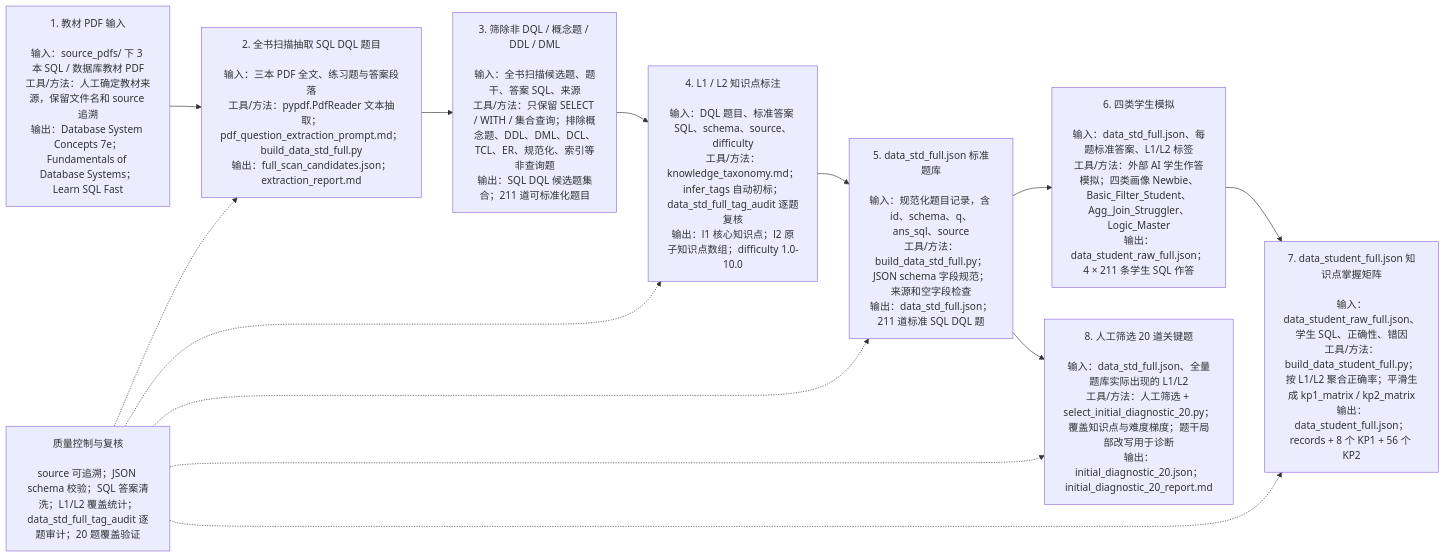
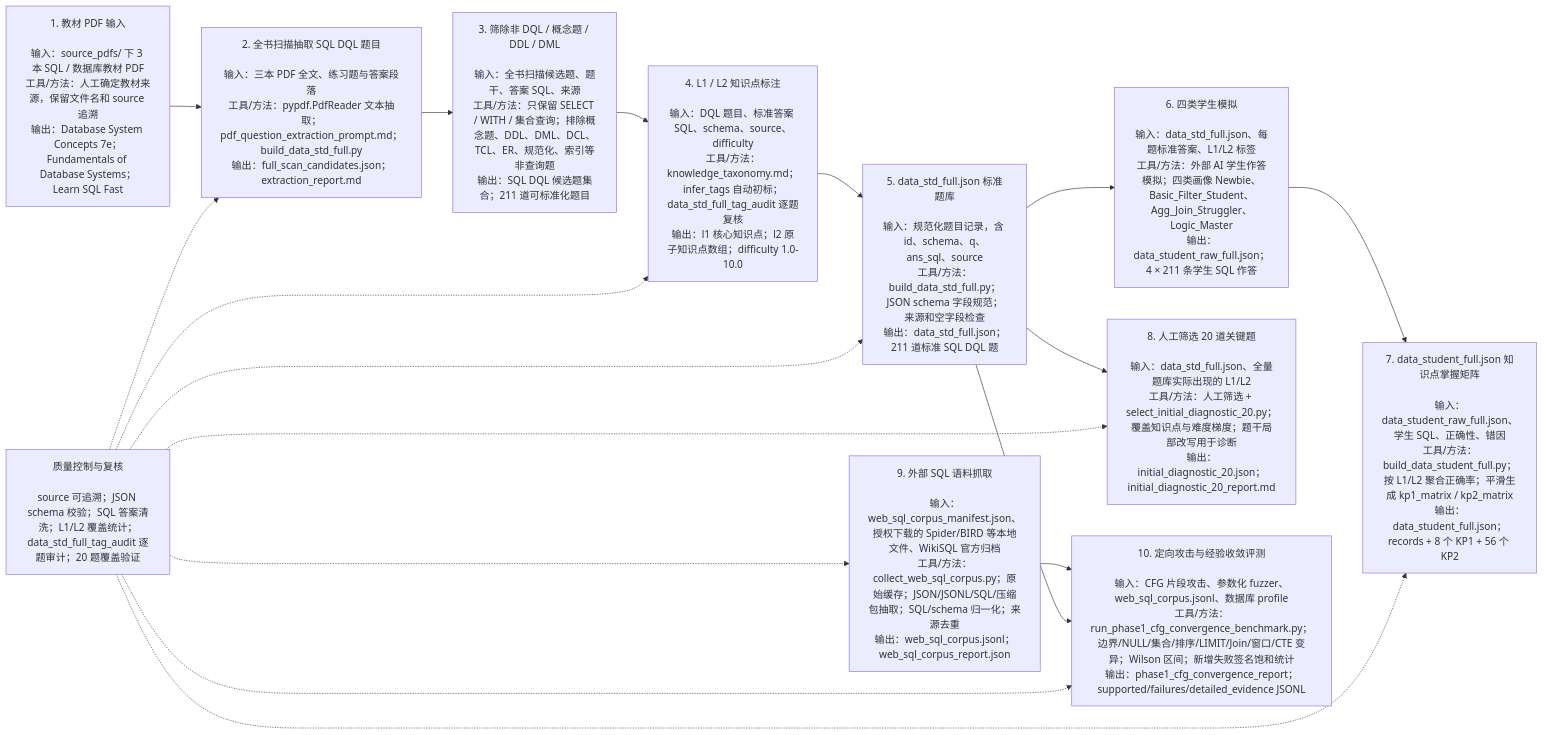
One commit to Roge-hyj/sql-edu-plus changed the diagram in data_construct_test/dataset_construction_flow.md. Above: the diagram before and after it, drawn with Mermaid. The commit also changed other lines of this file and 102 other files, not shown here.

````diff
--- a/data_construct_test/dataset_construction_flow.md
+++ b/data_construct_test/dataset_construction_flow.md
@@ -11,28 +11,36 @@
 ```mermaid
 flowchart LR
     A["1. 教材 PDF 输入<br/><br/>输入：source_pdfs/ 下 3 本 SQL / 数据库教材 PDF<br/>工具/方法：人工确定教材来源，保留文件名和 source 追溯<br/>输出：Database System Concepts 7e；Fundamentals of Database Systems；Learn SQL Fast"]
 
     B["2. 全书扫描抽取 SQL DQL 题目<br/><br/>输入：三本 PDF 全文、练习题与答案段落<br/>工具/方法：pypdf.PdfReader 文本抽取；pdf_question_extraction_prompt.md；build_data_std_full.py<br/>输出：full_scan_candidates.json；extraction_report.md"]
 
     C["3. 筛除非 DQL / 概念题 / DDL / DML<br/><br/>输入：全书扫描候选题、题干、答案 SQL、来源<br/>工具/方法：只保留 SELECT / WITH / 集合查询；排除概念题、DDL、DML、DCL、TCL、ER、规范化、索引等非查询题<br/>输出：SQL DQL 候选题集合；211 道可标准化题目"]
 
     D["4. L1 / L2 知识点标注<br/><br/>输入：DQL 题目、标准答案 SQL、schema、source、difficulty<br/>工具/方法：knowledge_taxonomy.md；infer_tags 自动初标；data_std_full_tag_audit 逐题复核<br/>输出：l1 核心知识点；l2 原子知识点数组；difficulty 1.0-10.0"]
 
     E["5. data_std_full.json 标准题库<br/><br/>输入：规范化题目记录，含 id、schema、q、ans_sql、source<br/>工具/方法：build_data_std_full.py；JSON schema 字段规范；来源和空字段检查<br/>输出：data_std_full.json；211 道标准 SQL DQL 题"]
 
     F["6. 四类学生模拟<br/><br/>输入：data_std_full.json、每题标准答案、L1/L2 标签<br/>工具/方法：外部 AI 学生作答模拟；四类画像 Newbie、Basic_Filter_Student、Agg_Join_Struggler、Logic_Master<br/>输出：data_student_raw_full.json；4 × 211 条学生 SQL 作答"]
 
     G["7. data_student_full.json 知识点掌握矩阵<br/><br/>输入：data_student_raw_full.json、学生 SQL、正确性、错因<br/>工具/方法：build_data_student_full.py；按 L1/L2 聚合正确率；平滑生成 kp1_matrix / kp2_matrix<br/>输出：data_student_full.json；records + 8 个 KP1 + 56 个 KP2"]
 
     H["8. 人工筛选 20 道关键题<br/><br/>输入：data_std_full.json、全量题库实际出现的 L1/L2<br/>工具/方法：人工筛选 + select_initial_diagnostic_20.py；覆盖知识点与难度梯度；题干局部改写用于诊断<br/>输出：initial_diagnostic_20.json；initial_diagnostic_20_report.md"]
 
+    I["9. 外部 SQL 语料抓取<br/><br/>输入：web_sql_corpus_manifest.json、授权下载的 Spider/BIRD 等本地文件、WikiSQL 官方归档<br/>工具/方法：collect_web_sql_corpus.py；原始缓存；JSON/JSONL/SQL/压缩包抽取；SQL/schema 归一化；来源去重<br/>输出：web_sql_corpus.jsonl；web_sql_corpus_report.json"]
+
+    J["10. 定向攻击与经验收敛评测<br/><br/>输入：CFG 片段攻击、参数化 fuzzer、web_sql_corpus.jsonl、数据库 profile<br/>工具/方法：run_phase1_cfg_convergence_benchmark.py；边界/NULL/集合/排序/LIMIT/Join/窗口/CTE 变异；Wilson 区间；新增失败签名饱和统计<br/>输出：phase1_cfg_convergence_report；supported/failures/detailed_evidence JSONL"]
+
     Q["质量控制与复核<br/><br/>source 可追溯；JSON schema 校验；SQL 答案清洗；L1/L2 覆盖统计；data_std_full_tag_audit 逐题审计；20 题覆盖验证"]
 
     A --> B --> C --> D --> E --> F --> G
     E --> H
+    I --> J
+    E --> J
     Q -.-> B
     Q -.-> D
     Q -.-> E
     Q -.-> G
     Q -.-> H
+    Q -.-> I
+    Q -.-> J
 ```
````
